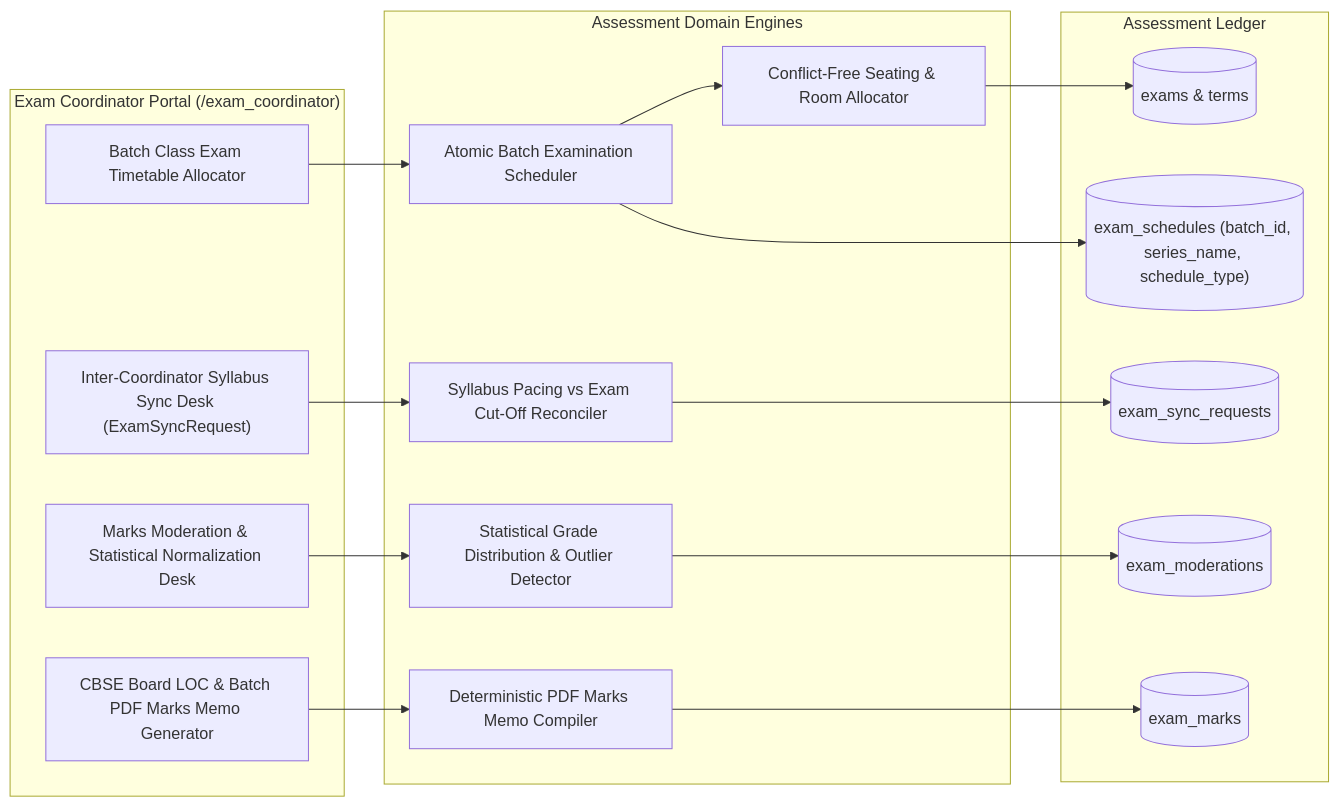
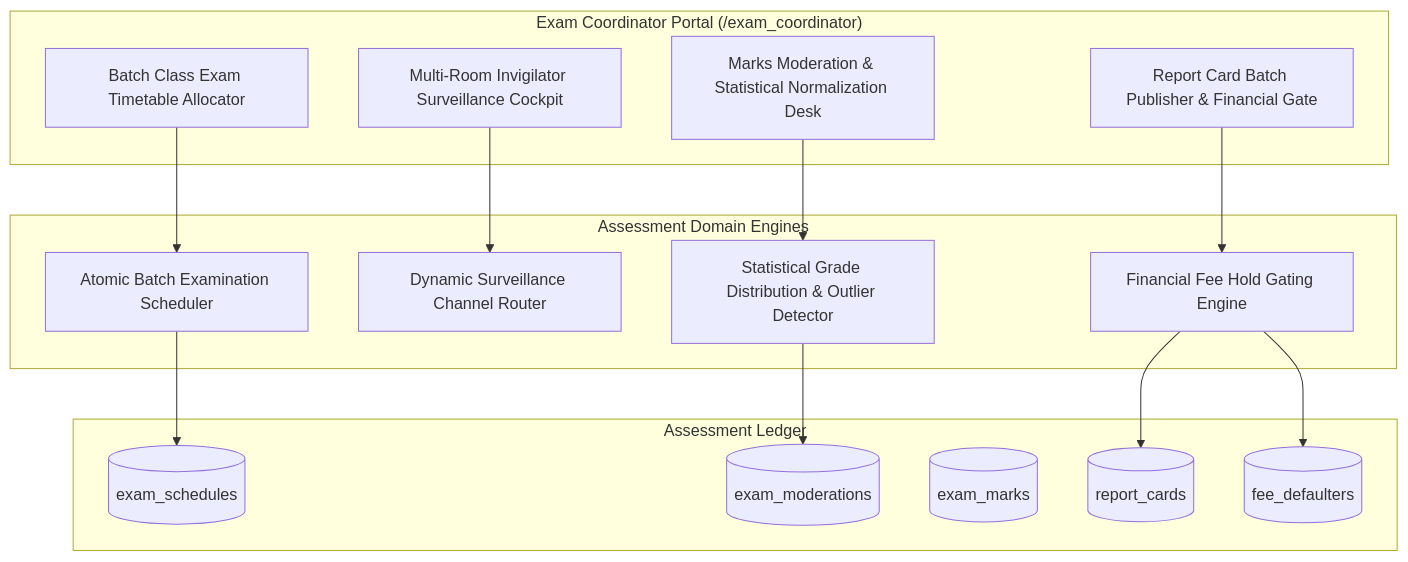
Before and after one commit to DiradzProducts/EDU360: diagram 12 of 20 in docs/architecture/ROLE_WISE_ARCHITECTURE_AND_WORKFLOWS.md, drawn with Mermaid. The commit also changed other lines of this file and 54 other files, not shown here.

Commit message:
feat(core): synchronize cross-role workflows, dynamic surveillance, and v10.0 architecture

````diff
--- a/docs/architecture/ROLE_WISE_ARCHITECTURE_AND_WORKFLOWS.md
+++ b/docs/architecture/ROLE_WISE_ARCHITECTURE_AND_WORKFLOWS.md
@@ -484,31 +538,29 @@
 ```mermaid
-graph LR
+graph TD
     subgraph ExamDesk ["Exam Coordinator Portal (/exam_coordinator)"]
         UI_BATCH_SCHED["Batch Class Exam Timetable Allocator"]
         UI_MOD_LEDGER["Marks Moderation & Statistical Normalization Desk"]
-        UI_LOC_GEN["CBSE Board LOC & Batch PDF Marks Memo Generator"]
-        UI_SYNC_DESK["Inter-Coordinator Syllabus Sync Desk (ExamSyncRequest)"]
+        UI_SURVEILLANCE["Multi-Room Invigilator Surveillance Cockpit"]
+        UI_REPORT_PUB["Report Card Batch Publisher & Financial Gate"]
     end
 
     subgraph ExamCore ["Assessment Domain Engines"]
         BATCH_SCHED_ENG["Atomic Batch Examination Scheduler"]
-        SEATING_ALG["Conflict-Free Seating & Room Allocator"]
+        ROOM_SEGREGATOR["Dynamic Surveillance Channel Router"]
         MOD_VALIDATOR["Statistical Grade Distribution & Outlier Detector"]
-        PDF_BATCH_ENG["Deterministic PDF Marks Memo Compiler"]
-        INTER_SYNC_ENG["Syllabus Pacing vs Exam Cut-Off Reconciler"]
+        GATE_KEEPER["Financial Fee Hold Gating Engine"]
     end
 
     subgraph ExamData ["Assessment Ledger"]
-        DB_EXAMS[("exams & terms")]
-        DB_SCHEDS[("exam_schedules (batch_id, series_name, schedule_type)")]
-        DB_EXAM_SYNC[("exam_sync_requests")]
+        DB_SCHEDS[("exam_schedules")]
         DB_MOD[("exam_moderations")]
         DB_MARKS[("exam_marks")]
+        DB_REPORTS[("report_cards")]
+        DB_DEFAULTERS[("fee_defaulters")]
     end
 
     UI_BATCH_SCHED --> BATCH_SCHED_ENG --> DB_SCHEDS
-    BATCH_SCHED_ENG --> SEATING_ALG --> DB_EXAMS
-    UI_SYNC_DESK --> INTER_SYNC_ENG --> DB_EXAM_SYNC
+    UI_SURVEILLANCE --> ROOM_SEGREGATOR
     UI_MOD_LEDGER --> MOD_VALIDATOR --> DB_MOD
-    UI_LOC_GEN --> PDF_BATCH_ENG --> DB_MARKS
+    UI_REPORT_PUB --> GATE_KEEPER --> DB_REPORTS & DB_DEFAULTERS
 ```
````
